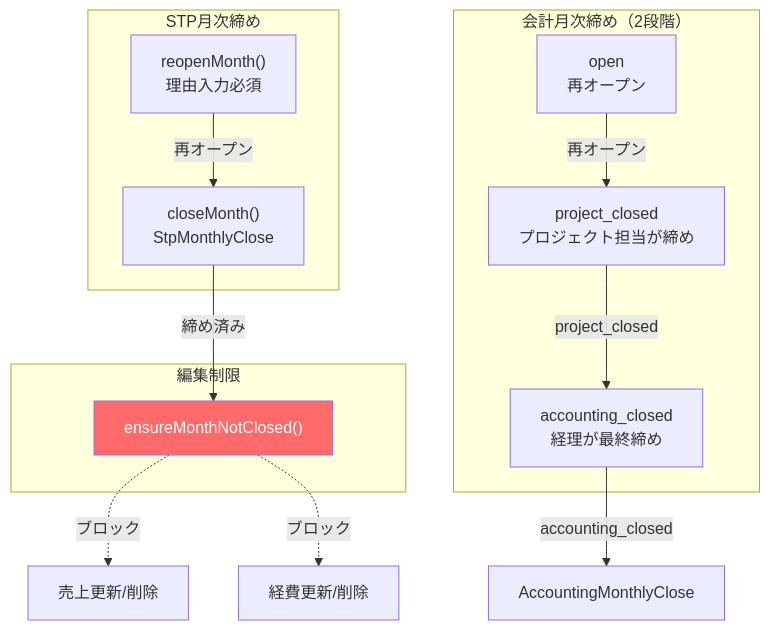
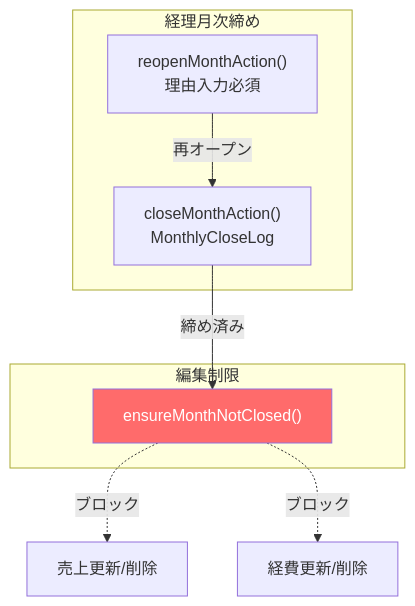
Before and after one commit to kazuma-ddci/stella-crm: diagram 11 of 15 in docs/business-rules-diagram.md, drawn with Mermaid. The commit also changed other lines of this file and 31 other files, not shown here.

````diff
--- a/docs/business-rules-diagram.md
+++ b/docs/business-rules-diagram.md
@@ -464,29 +444,19 @@
 ```mermaid
 graph TD
-    subgraph "STP月次締め"
-        CLOSE1["closeMonth()<br/>StpMonthlyClose"]
-        REOPEN1["reopenMonth()<br/>理由入力必須"]
-    end
-
-    subgraph "会計月次締め（2段階）"
-        CLOSE2["project_closed<br/>プロジェクト担当が締め"]
-        CLOSE3["accounting_closed<br/>経理が最終締め"]
-        REOPEN2["open<br/>再オープン"]
+    subgraph "経理月次締め"
+        CLOSE["closeMonthAction()<br/>MonthlyCloseLog"]
+        REOPEN["reopenMonthAction()<br/>理由入力必須"]
     end
 
     subgraph "編集制限"
         GUARD["ensureMonthNotClosed()"]
     end
 
-    CLOSE1 -->|"締め済み"| GUARD
+    CLOSE -->|"締め済み"| GUARD
     GUARD -.->|"ブロック"| SRR["売上更新/削除"]
     GUARD -.->|"ブロック"| SER["経費更新/削除"]
 
-    REOPEN1 -->|"再オープン"| CLOSE1
-
-    CLOSE2 -->|"project_closed"| CLOSE3
-    CLOSE3 -->|"accounting_closed"| AMC["AccountingMonthlyClose"]
-    REOPEN2 -->|"再オープン"| CLOSE2
+    REOPEN -->|"再オープン"| CLOSE
 
     style GUARD fill:#ff6b6b,color:#fff
 ```
````
